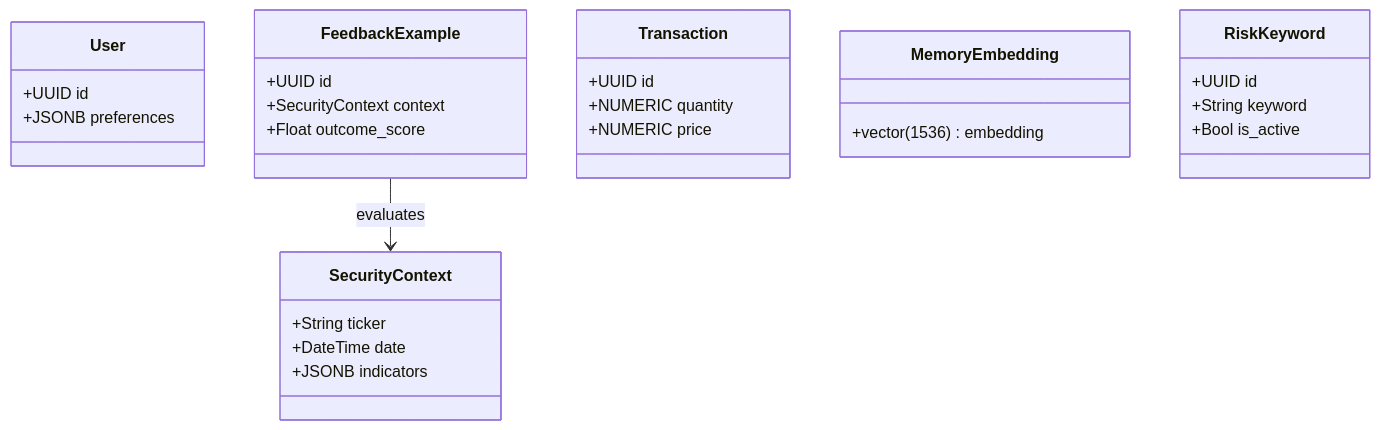
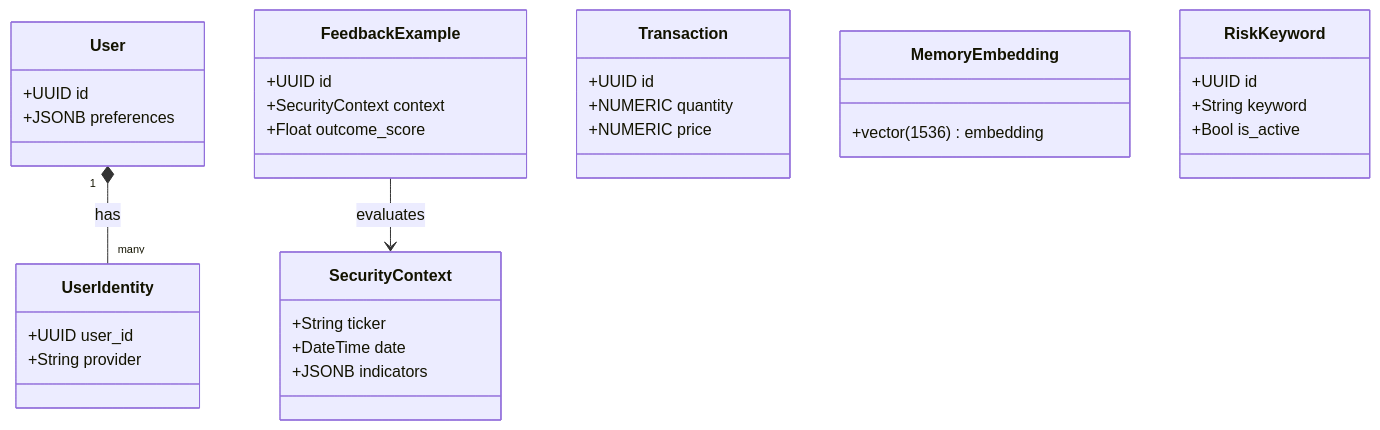
Before and after one commit to neohsiung/AI-Investment-Advisor: the second of 2 diagrams in wiki/04_架構觀點-Architect_Views/資料與領域模型-Data-Domain-Models.md, drawn with Mermaid. The commit also changed other lines of this file and 131 other files, not shown here.

````diff
--- a/wiki/04_架構觀點-Architect_Views/資料與領域模型-Data-Domain-Models.md
+++ b/wiki/04_架構觀點-Architect_Views/資料與領域模型-Data-Domain-Models.md
@@ -182,31 +193,36 @@
 ```mermaid
 classDiagram
     class User {
         +UUID id
         +JSONB preferences
     }
+    class UserIdentity {
+        +UUID user_id
+        +String provider
+    }
+    User "1" *-- "many" UserIdentity : has
     class SecurityContext {
         +String ticker
         +DateTime date
         +JSONB indicators
     }
     class FeedbackExample {
         +UUID id
         +SecurityContext context
         +Float outcome_score
     }
     class Transaction {
         +UUID id
         +NUMERIC quantity
         +NUMERIC price
     }
     class MemoryEmbedding {
         +vector(1536) embedding
     }
     class RiskKeyword {
         +UUID id
         +String keyword
         +Bool is_active
     }
     FeedbackExample --> SecurityContext : evaluates
 ```
````
